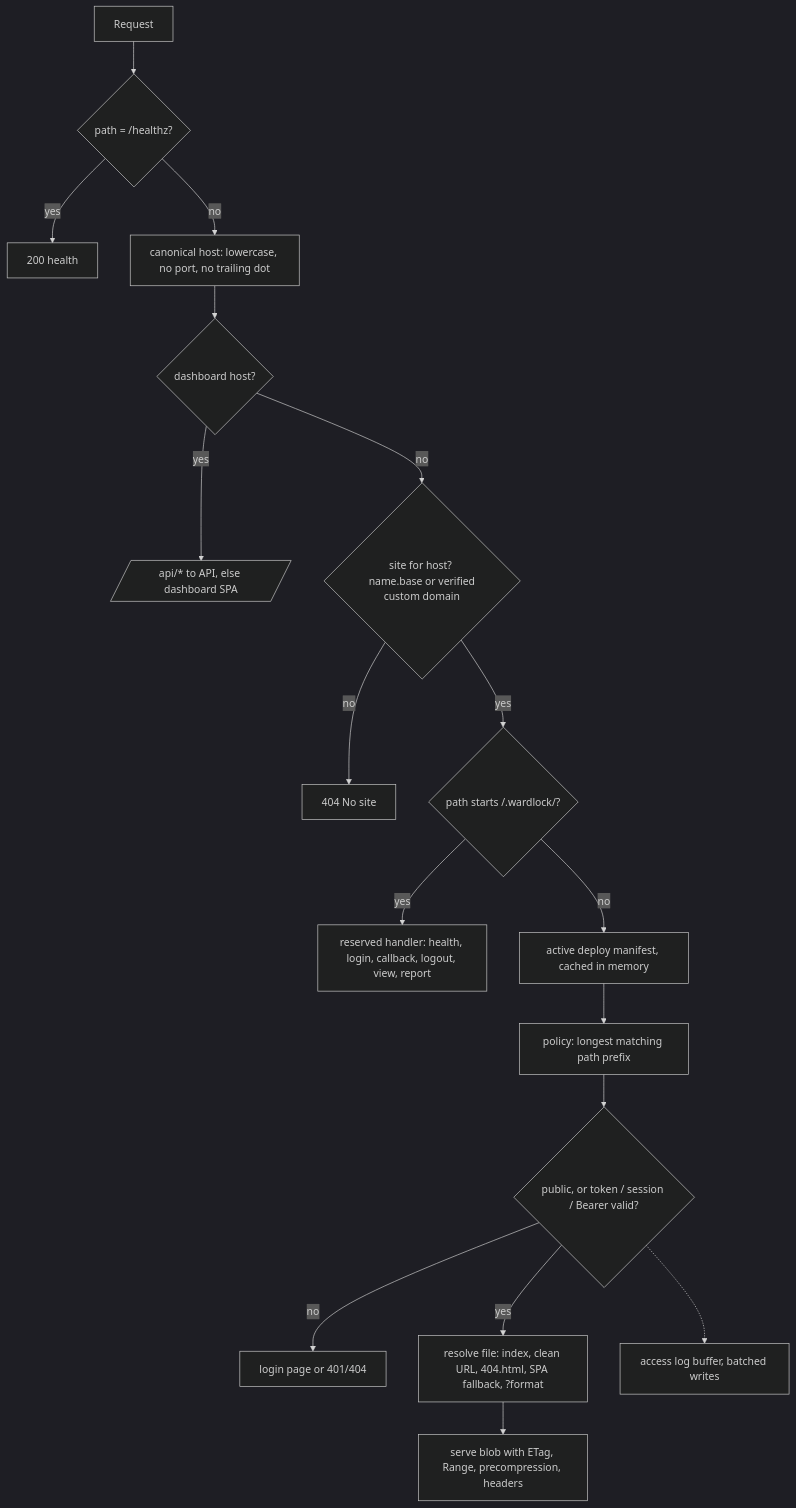
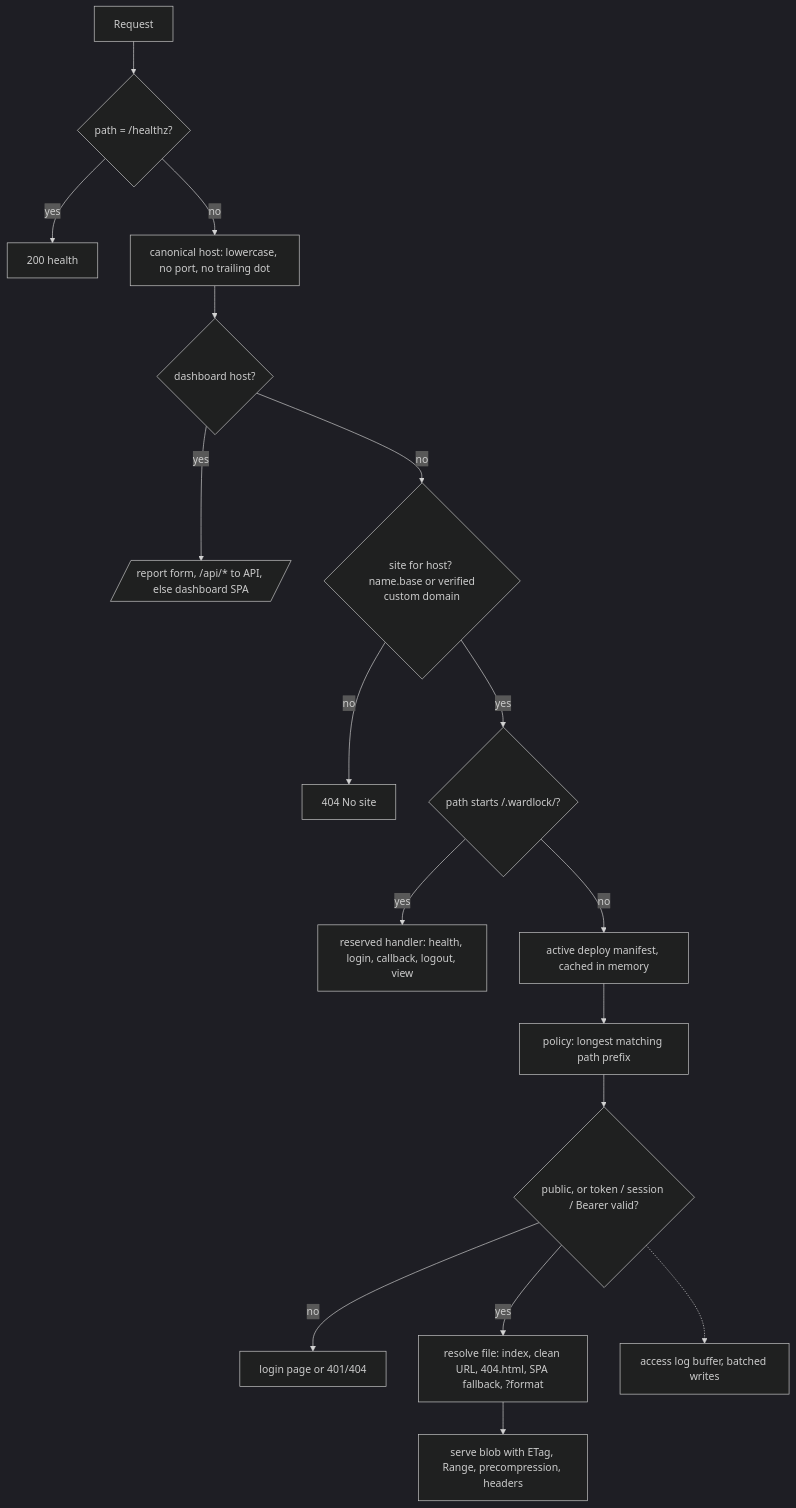
Before and after one commit to CubieCode/wardlock: the second of 6 diagrams in docs/ARCHITECTURE.md, drawn with Mermaid (dark theme). The commit also changed other lines of this file and 4 other files, not shown here.

Commit message:
A2.13: Docs for the report form on the dashboard host, frozen domains and kept evidence

````diff
--- a/docs/ARCHITECTURE.md
+++ b/docs/ARCHITECTURE.md
@@ -111,19 +111,19 @@
 ```mermaid
 flowchart TD
   R[Request] --> H{path = /healthz?}
   H -->|yes| OK[200 health]
   H -->|no| N[canonical host: lowercase, no port, no trailing dot]
   N --> DH{dashboard host?}
-  DH -->|yes| DASH[/api/* to API, else dashboard SPA/]
+  DH -->|yes| DASH[/report form, /api/* to API, else dashboard SPA/]
   DH -->|no| S{site for host? <br/> name.base or verified custom domain}
   S -->|no| NF[404 No site]
   S -->|yes| RES{path starts /.wardlock/?}
-  RES -->|yes| RP[reserved handler: health, login, callback, logout, view, report]
+  RES -->|yes| RP[reserved handler: health, login, callback, logout, view]
   RES -->|no| AD[active deploy manifest, cached in memory]
   AD --> P[policy: longest matching path prefix]
   P --> CHK{public, or token / session / Bearer valid?}
   CHK -->|no| LG[login page or 401/404]
   CHK -->|yes| F[resolve file: index, clean URL, 404.html, SPA fallback, ?format]
   F --> OUT[serve blob with ETag, Range, precompression, headers]
   CHK -.-> LOG[access log buffer, batched writes]
 ```
````
